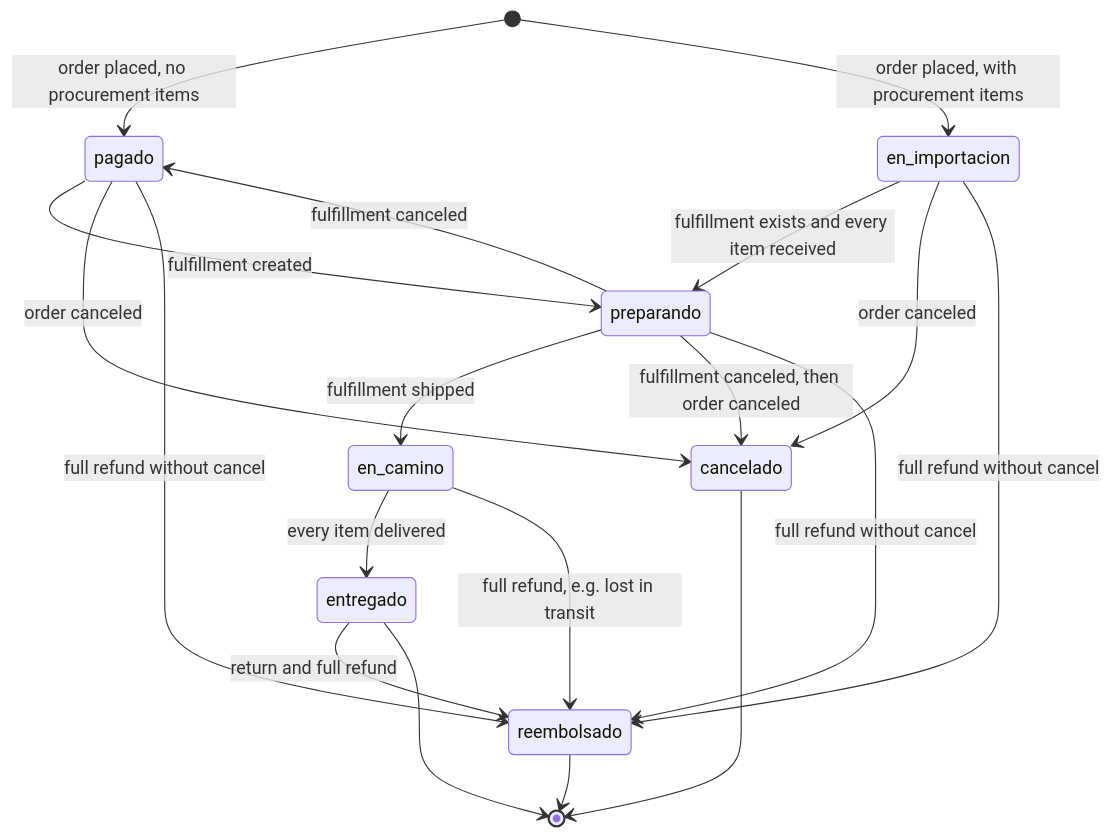
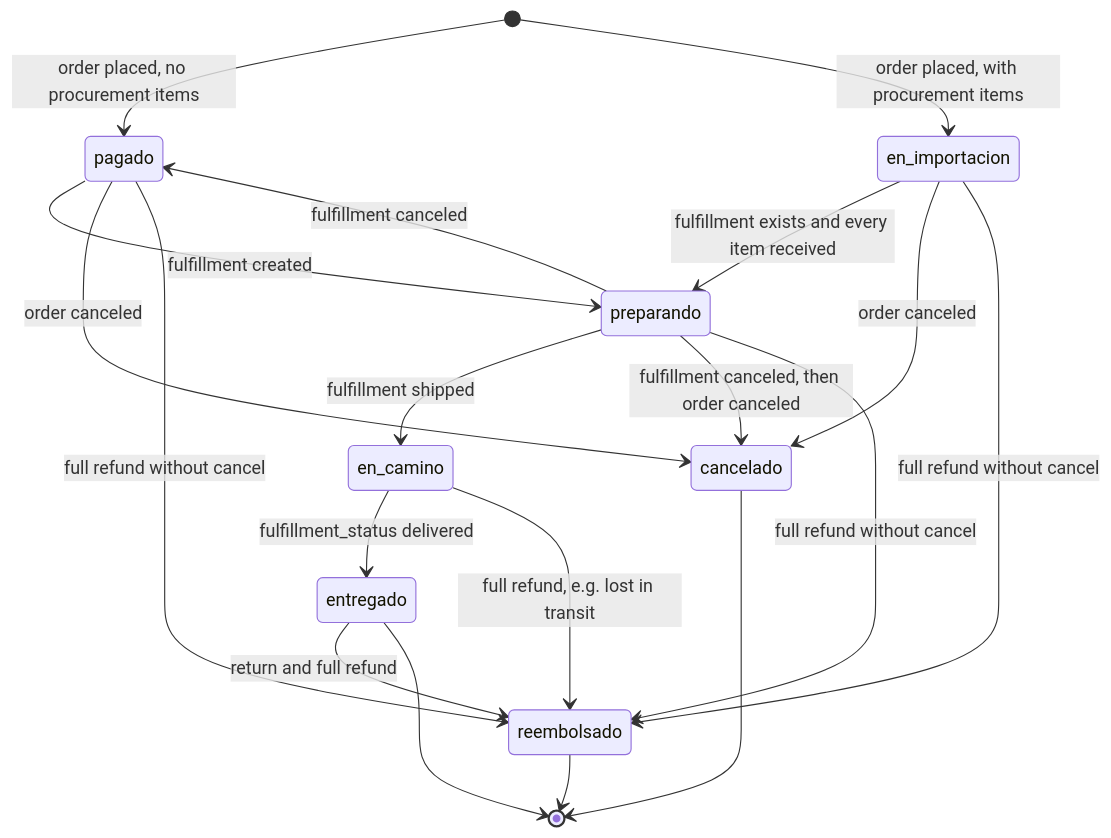
Before and after one commit to Migeanje/MIGEANJE-STORE-API: the diagram in docs/state-machines/order.md, drawn with Mermaid. The commit also changed other lines of this file and 2 other files, not shown here.

Commit message:
fix(docs): keep en_importacion until fulfillment and harden order tracking

````diff
--- a/docs/state-machines/order.md
+++ b/docs/state-machines/order.md
@@ -17,21 +17,21 @@
 ```mermaid
 stateDiagram-v2
     [*] --> pagado: order placed, no procurement items
     [*] --> en_importacion: order placed, with procurement items
     pagado --> preparando: fulfillment created
     en_importacion --> preparando: fulfillment exists and every item received
     preparando --> pagado: fulfillment canceled
     preparando --> en_camino: fulfillment shipped
-    en_camino --> entregado: every item delivered
+    en_camino --> entregado: fulfillment_status delivered
     pagado --> cancelado: order canceled
     en_importacion --> cancelado: order canceled
     preparando --> cancelado: fulfillment canceled, then order canceled
     pagado --> reembolsado: full refund without cancel
     en_importacion --> reembolsado: full refund without cancel
     preparando --> reembolsado: full refund without cancel
     en_camino --> reembolsado: full refund, e.g. lost in transit
     entregado --> reembolsado: return and full refund
     entregado --> [*]
     cancelado --> [*]
     reembolsado --> [*]
 ```
````
